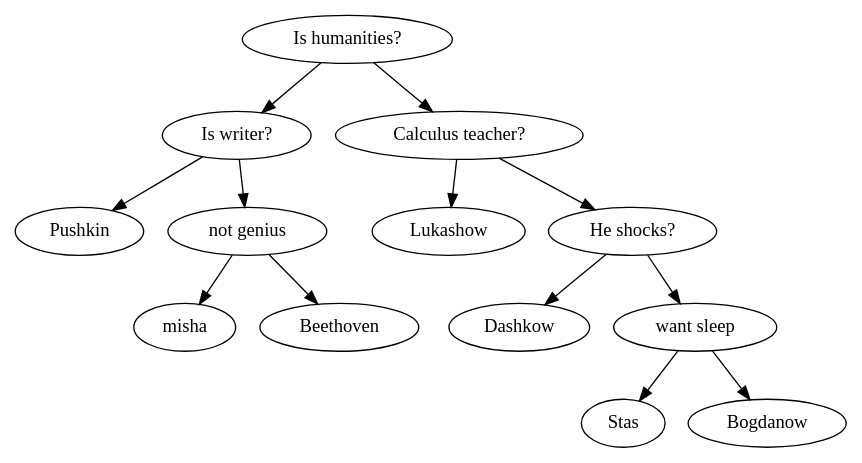
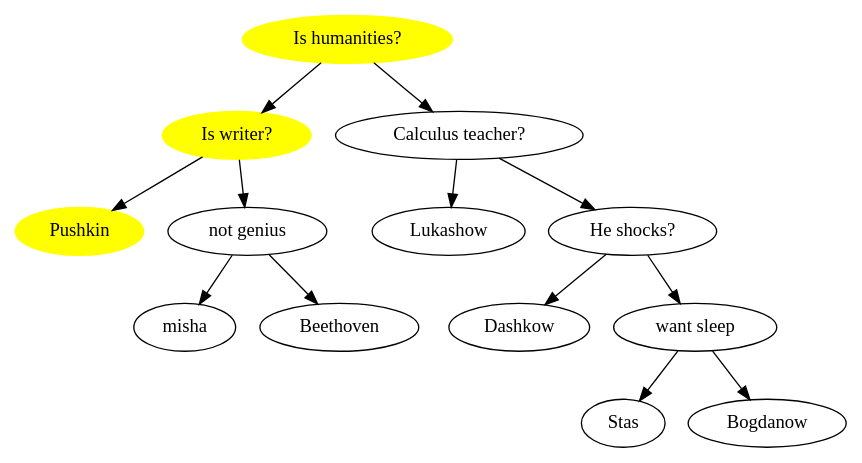
One commit to levasemin/Akinator changed the diagram in database_files/graph.dot. Above: the diagram before and after it, drawn with Graphviz. The commit also changed 2 other files, not shown here.

```diff
--- a/database_files/graph.dot
+++ b/database_files/graph.dot
@@ -1,21 +1,24 @@
 digraph G{
 "Is humanities?"->"Is writer?";
 "Is humanities?"->"Calculus teacher?";
 "Is writer?"->"Pushkin";
 "Is writer?"->"not genius";
 "Pushkin";
 "not genius"->"misha";
 "not genius"->"Beethoven";
 "misha";
 "Beethoven";
 "Calculus teacher?"->"Lukashow";
 "Calculus teacher?"->"He shocks?";
 "Lukashow";
 "He shocks?"->"Dashkow";
 "He shocks?"->"want sleep";
 "Dashkow";
 "want sleep"->"Stas";
 "want sleep"->"Bogdanow";
 "Stas";
 "Bogdanow";
+"Pushkin"[color="yellow" style=filled];
+"Is writer?"[color="yellow" style=filled];
+"Is humanities?"[color="yellow" style=filled];
 }
```
